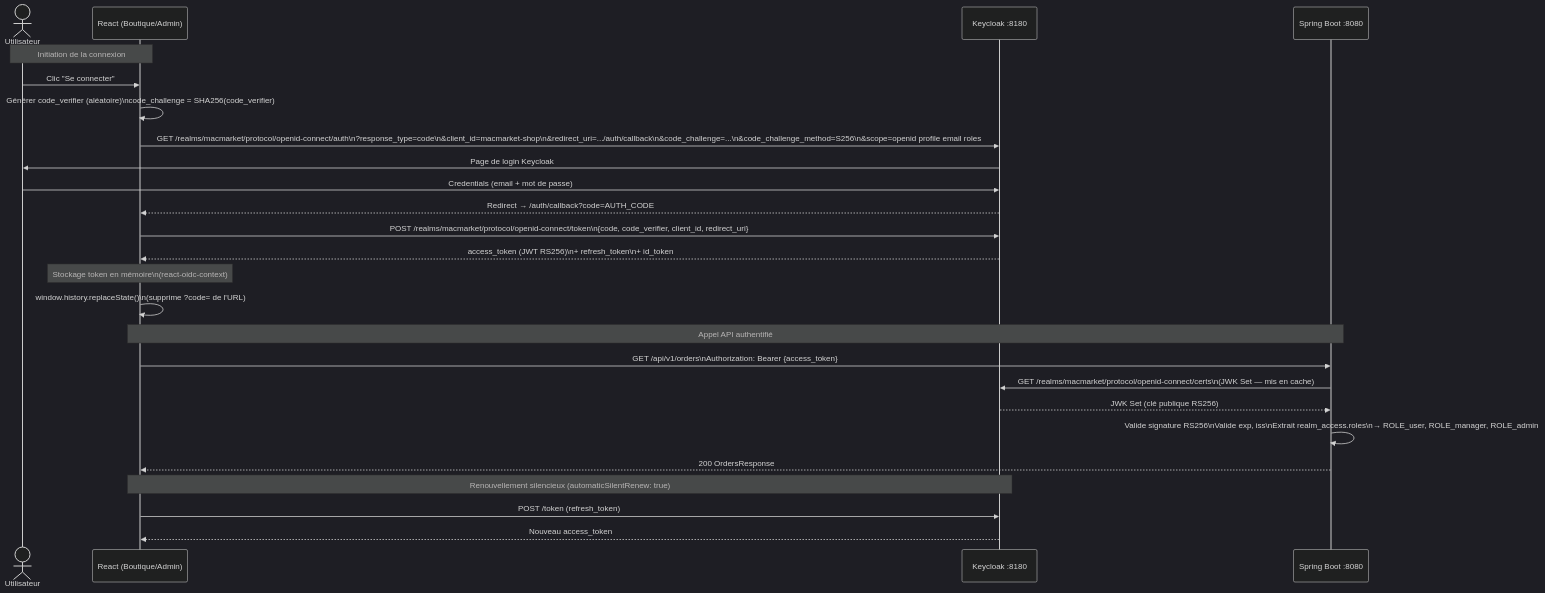
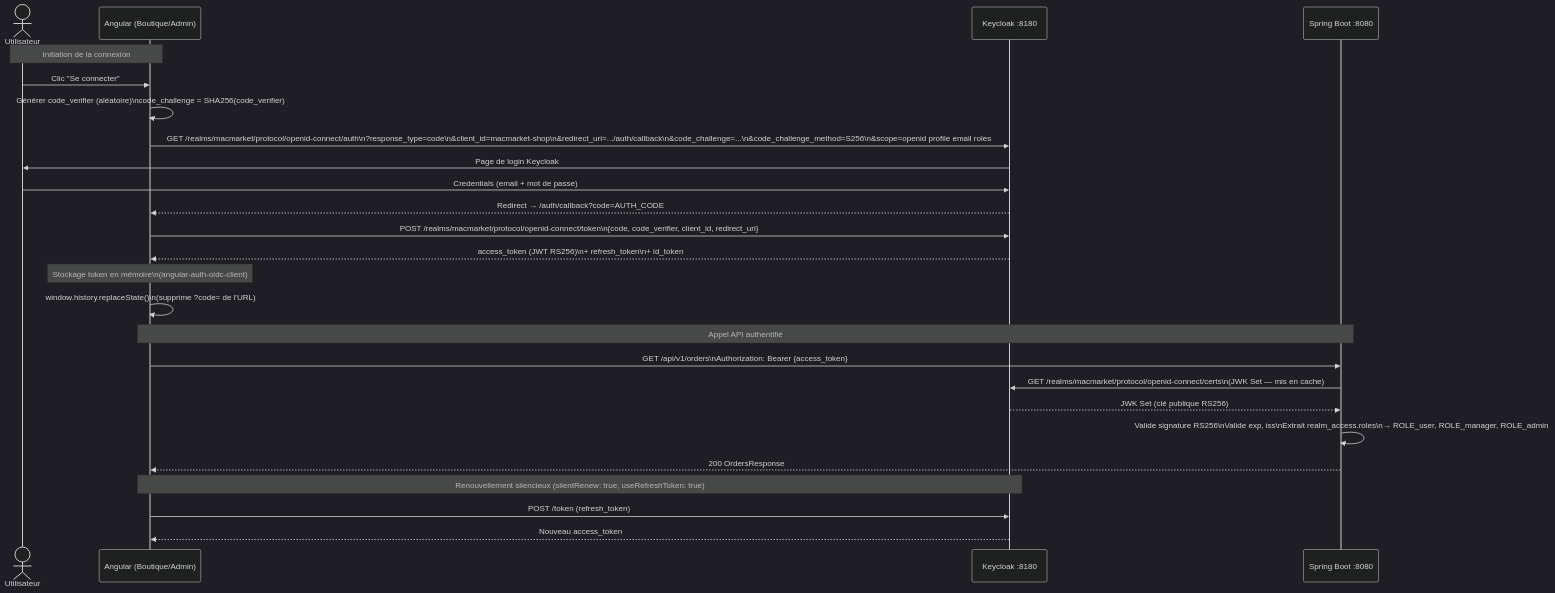
The diagram in docs/diagrams/auth-sequence.md (dbeaumont/macmarket), drawn with Mermaid (dark theme) before and after one commit. The commit also changed other lines of this file and 4 other files, not shown here.

First line of the commit message:
docs: corrige les diagrammes Mermaid pour la stack Angular

````diff
--- a/docs/diagrams/auth-sequence.md
+++ b/docs/diagrams/auth-sequence.md
@@ -5,41 +5,41 @@
 ```mermaid
 sequenceDiagram
     actor U as Utilisateur
-    participant FC as React (Boutique/Admin)
+    participant FC as Angular (Boutique/Admin)
     participant KC as Keycloak :8180
     participant API as Spring Boot :8080
 
     Note over U, FC: Initiation de la connexion
 
     U->>FC: Clic "Se connecter"
     FC->>FC: Générer code_verifier (aléatoire)\ncode_challenge = SHA256(code_verifier)
 
     FC->>KC: GET /realms/macmarket/protocol/openid-connect/auth\n?response_type=code\n&client_id=macmarket-shop\n&redirect_uri=.../auth/callback\n&code_challenge=...\n&code_challenge_method=S256\n&scope=openid profile email roles
 
     KC->>U: Page de login Keycloak
 
     U->>KC: Credentials (email + mot de passe)
     KC-->>FC: Redirect → /auth/callback?code=AUTH_CODE
 
     FC->>KC: POST /realms/macmarket/protocol/openid-connect/token\n{code, code_verifier, client_id, redirect_uri}
     KC-->>FC: access_token (JWT RS256)\n+ refresh_token\n+ id_token
 
-    Note over FC: Stockage token en mémoire\n(react-oidc-context)
+    Note over FC: Stockage token en mémoire\n(angular-auth-oidc-client)
     FC->>FC: window.history.replaceState()\n(supprime ?code= de l'URL)
 
     Note over FC, API: Appel API authentifié
 
     FC->>API: GET /api/v1/orders\nAuthorization: Bearer {access_token}
 
     API->>KC: GET /realms/macmarket/protocol/openid-connect/certs\n(JWK Set — mis en cache)
     KC-->>API: JWK Set (clé publique RS256)
 
     API->>API: Valide signature RS256\nValide exp, iss\nExtrait realm_access.roles\n→ ROLE_user, ROLE_manager, ROLE_admin
 
     API-->>FC: 200 OrdersResponse
 
-    Note over FC, KC: Renouvellement silencieux (automaticSilentRenew: true)
+    Note over FC, KC: Renouvellement silencieux (silentRenew: true, useRefreshToken: true)
 
     FC->>KC: POST /token (refresh_token)
     KC-->>FC: Nouveau access_token
 ```
````
